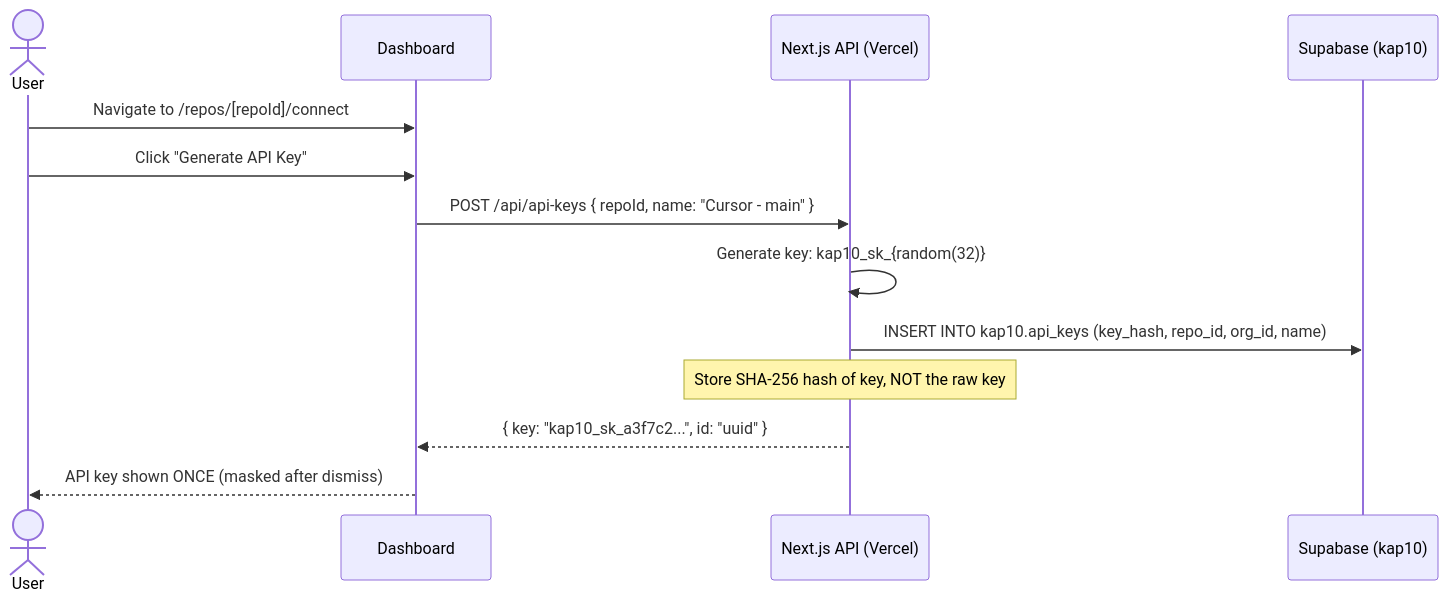
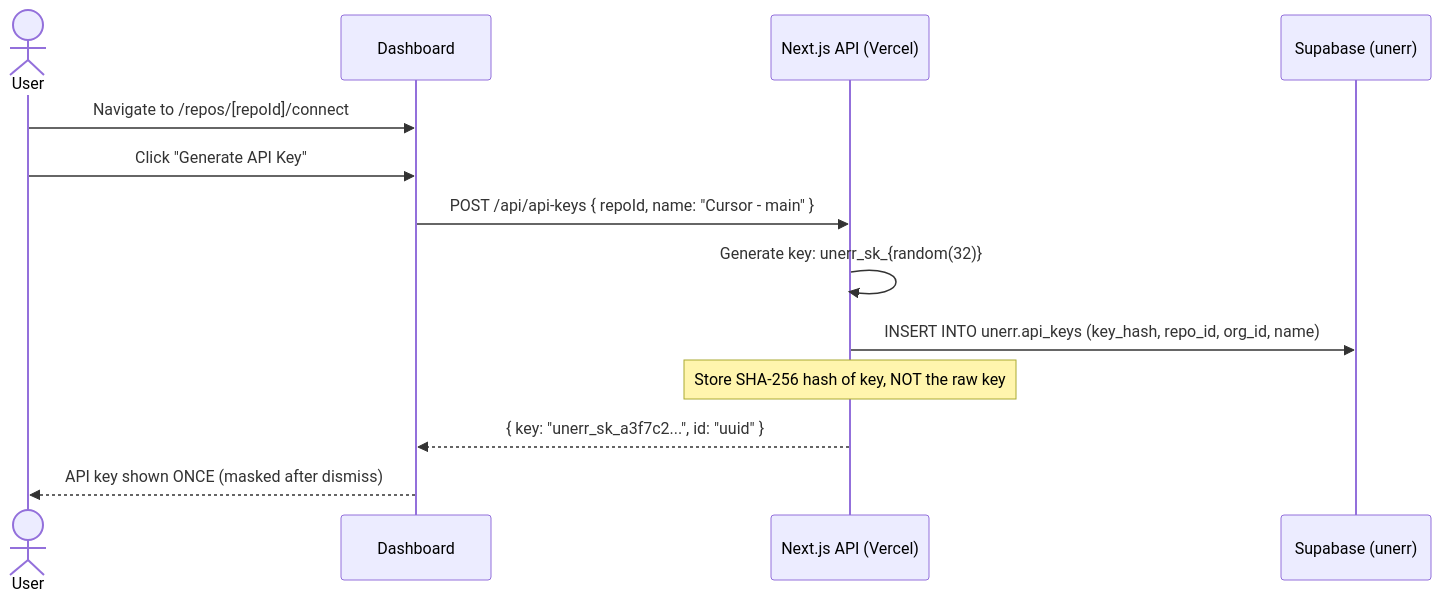
The second of 5 diagrams in docs/architecture/PHASE_2_HOSTED_MCP_SERVER.md (AutoRail-AI/kap10-server), drawn with Mermaid before and after one commit. The commit also changed other lines of this file and 157 other files, not shown here.

````diff
--- a/docs/architecture/PHASE_2_HOSTED_MCP_SERVER.md
+++ b/docs/architecture/PHASE_2_HOSTED_MCP_SERVER.md
@@ -153,16 +153,16 @@
 ```mermaid
 sequenceDiagram
     actor User
     participant Dashboard
     participant NextAPI as Next.js API (Vercel)
-    participant Supabase as Supabase (kap10)
+    participant Supabase as Supabase (unerr)
 
     User->>Dashboard: Navigate to /repos/[repoId]/connect
     User->>Dashboard: Click "Generate API Key"
     Dashboard->>NextAPI: POST /api/api-keys { repoId, name: "Cursor - main" }
-    NextAPI->>NextAPI: Generate key: kap10_sk_{random(32)}
-    NextAPI->>Supabase: INSERT INTO kap10.api_keys (key_hash, repo_id, org_id, name)
+    NextAPI->>NextAPI: Generate key: unerr_sk_{random(32)}
+    NextAPI->>Supabase: INSERT INTO unerr.api_keys (key_hash, repo_id, org_id, name)
     Note over NextAPI: Store SHA-256 hash of key, NOT the raw key
-    NextAPI-->>Dashboard: { key: "kap10_sk_a3f7c2...", id: "uuid" }
+    NextAPI-->>Dashboard: { key: "unerr_sk_a3f7c2...", id: "uuid" }
     Dashboard-->>User: API key shown ONCE (masked after dismiss)
 ```
````
